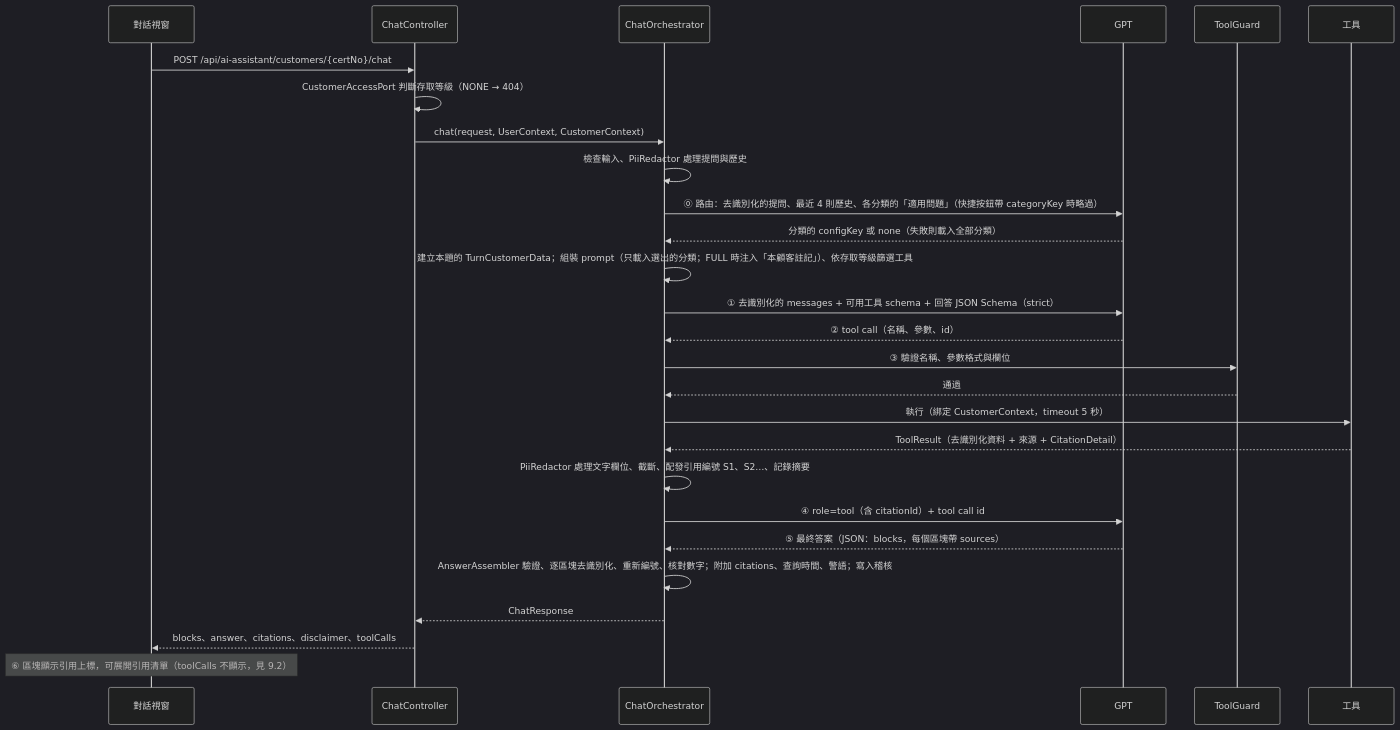
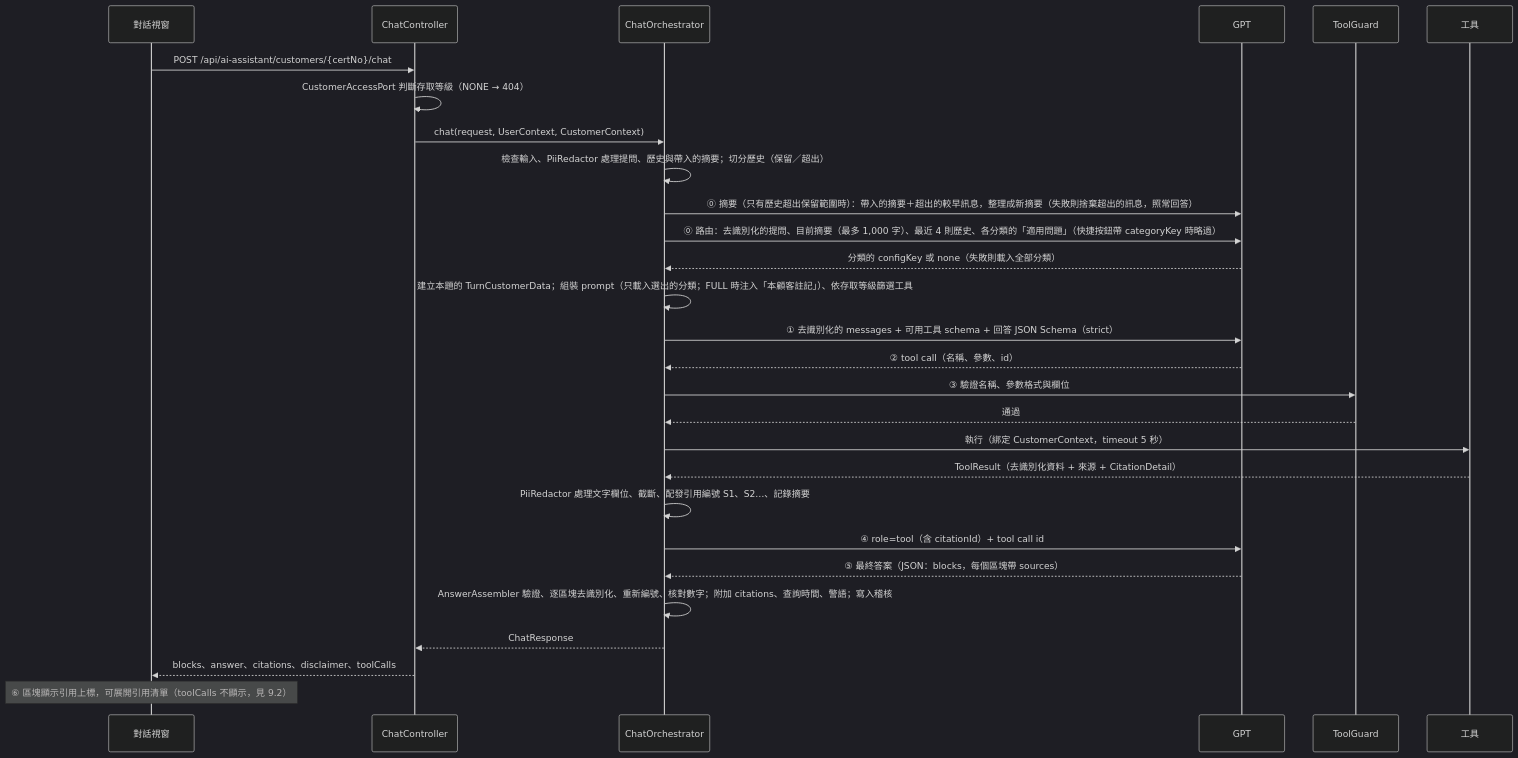
One commit to Rue1216/assistant-poc changed the second of 2 diagrams in docs/spec/01-architecture.md. Above: the diagram before and after it, drawn with Mermaid (dark theme). The commit also changed other lines of this file and 7 other files, not shown here.

````diff
--- a/docs/spec/01-architecture.md
+++ b/docs/spec/01-architecture.md
@@ -114,30 +114,31 @@
 ```mermaid
 sequenceDiagram
   participant U as 對話視窗
   participant C as ChatController
   participant O as ChatOrchestrator
   participant G as GPT
   participant TG as ToolGuard
   participant T as 工具
 
   U->>C: POST /api/ai-assistant/customers/{certNo}/chat
   C->>C: CustomerAccessPort 判斷存取等級（NONE → 404）
   C->>O: chat(request, UserContext, CustomerContext)
-  O->>O: 檢查輸入、PiiRedactor 處理提問與歷史
-  O->>G: ⓪ 路由：去識別化的提問、最近 4 則歷史、各分類的「適用問題」（快捷按鈕帶 categoryKey 時略過）
+  O->>O: 檢查輸入、PiiRedactor 處理提問、歷史與帶入的摘要；切分歷史（保留／超出）
+  O->>G: ⓪ 摘要（只有歷史超出保留範圍時）：帶入的摘要＋超出的較早訊息，整理成新摘要（失敗則捨棄超出的訊息，照常回答）
+  O->>G: ⓪ 路由：去識別化的提問、目前摘要（最多 1,000 字）、最近 4 則歷史、各分類的「適用問題」（快捷按鈕帶 categoryKey 時略過）
   G-->>O: 分類的 configKey 或 none（失敗則載入全部分類）
   O->>O: 建立本題的 TurnCustomerData；組裝 prompt（只載入選出的分類；FULL 時注入「本顧客註記」）、依存取等級篩選工具
   O->>G: ① 去識別化的 messages + 可用工具 schema + 回答 JSON Schema（strict）
   G-->>O: ② tool call（名稱、參數、id）
   O->>TG: ③ 驗證名稱、參數格式與欄位
   TG-->>O: 通過
   O->>T: 執行（綁定 CustomerContext，timeout 5 秒）
   T-->>O: ToolResult（去識別化資料 + 來源 + CitationDetail）
   O->>O: PiiRedactor 處理文字欄位、截斷、配發引用編號 S1、S2…、記錄摘要
   O->>G: ④ role=tool（含 citationId）+ tool call id
   G-->>O: ⑤ 最終答案（JSON：blocks，每個區塊帶 sources）
   O->>O: AnswerAssembler 驗證、逐區塊去識別化、重新編號、核對數字；附加 citations、查詢時間、警語；寫入稽核
   O-->>C: ChatResponse
   C-->>U: blocks、answer、citations、disclaimer、toolCalls
   Note over U: ⑥ 區塊顯示引用上標，可展開引用清單（toolCalls 不顯示，見 9.2）
 ```
````
